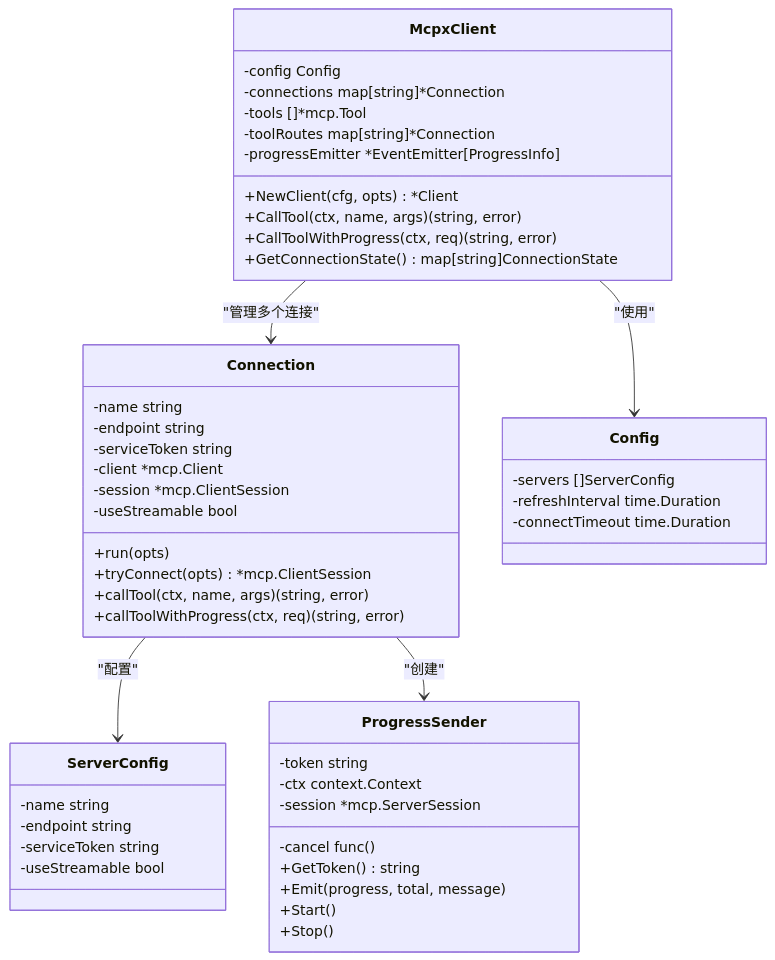
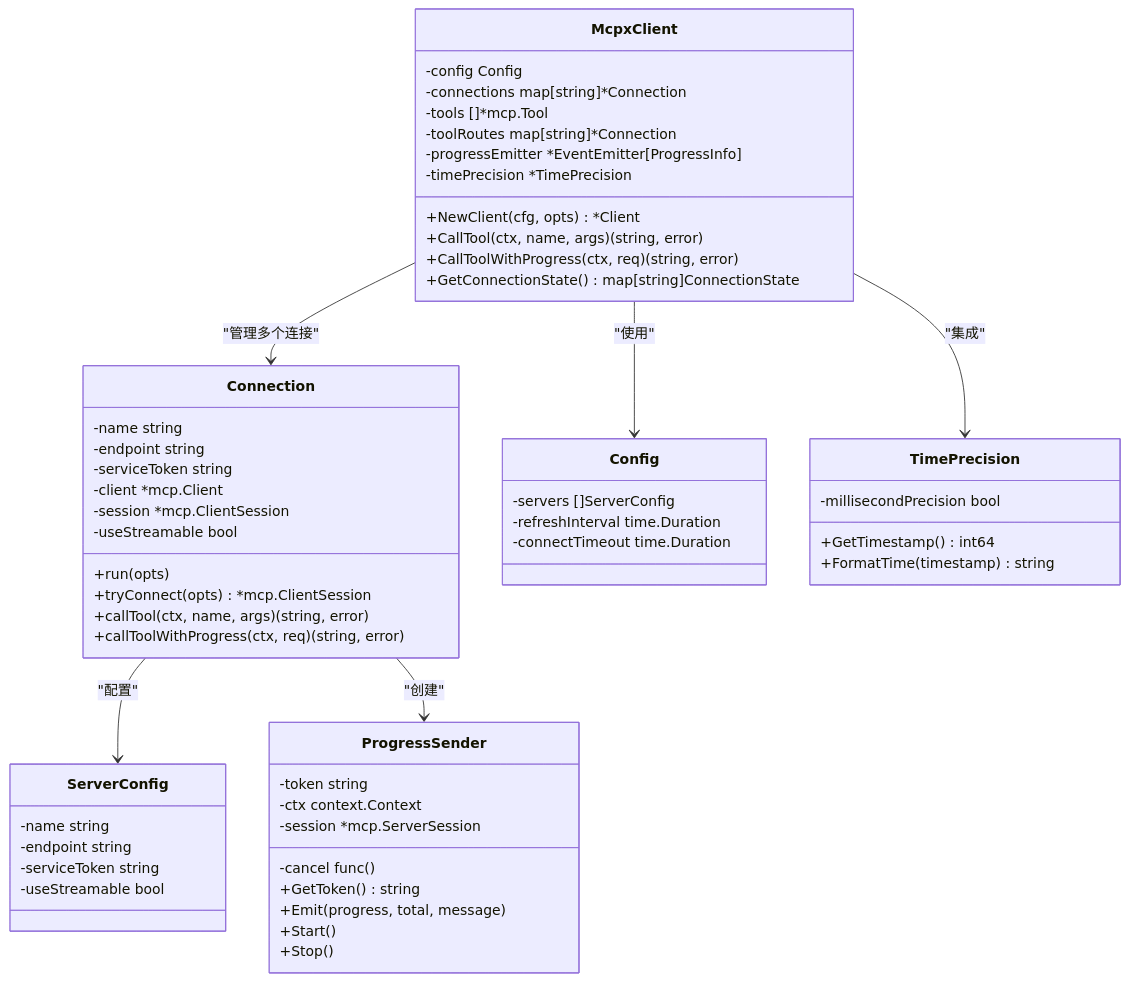
Diagram 12 of 30 in .qoder/repowiki/zh/content/AI聊天服务迁移指南.md (maomao94/zero-service), drawn with Mermaid before and after one commit. The commit also changed other lines of this file and 59 other files, not shown here.

````diff
--- a/.qoder/repowiki/zh/content/AI聊天服务迁移指南.md
+++ b/.qoder/repowiki/zh/content/AI聊天服务迁移指南.md
@@ -607,51 +630,58 @@
 ```mermaid
 classDiagram
 class McpxClient {
 -config Config
 -connections map[string]*Connection
 -tools []*mcp.Tool
 -toolRoutes map[string]*Connection
 -progressEmitter *EventEmitter[ProgressInfo]
+-timePrecision *TimePrecision
 +NewClient(cfg, opts) *Client
 +CallTool(ctx, name, args) (string, error)
 +CallToolWithProgress(ctx, req) (string, error)
 +GetConnectionState() map[string]ConnectionState
 }
 class Connection {
 -name string
 -endpoint string
 -serviceToken string
 -client *mcp.Client
 -session *mcp.ClientSession
 -useStreamable bool
 +run(opts)
 +tryConnect(opts) *mcp.ClientSession
 +callTool(ctx, name, args) (string, error)
 +callToolWithProgress(ctx, req) (string, error)
 }
 class Config {
 -servers []ServerConfig
 -refreshInterval time.Duration
 -connectTimeout time.Duration
 }
 class ServerConfig {
 -name string
 -endpoint string
 -serviceToken string
 -useStreamable bool
 }
 class ProgressSender {
 -token string
 -ctx context.Context
 -session *mcp.ServerSession
 -cancel func()
 +GetToken() string
 +Emit(progress, total, message)
 +Start()
 +Stop()
 }
+class TimePrecision {
+-millisecondPrecision bool
++GetTimestamp() int64
++FormatTime(timestamp) string
+}
 McpxClient --> Connection : "管理多个连接"
 McpxClient --> Config : "使用"
+McpxClient --> TimePrecision : "集成"
 Connection --> ServerConfig : "配置"
 Connection --> ProgressSender : "创建"
 ```
````
